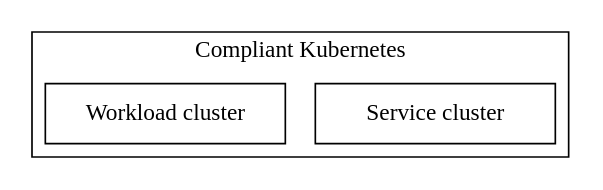
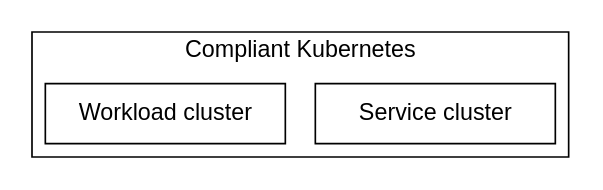
One commit to elastisys/compliantkubernetes changed the diagram in docs/img/ck8s-c4model-level2.dot. Above: the diagram before and after it, drawn with Graphviz. The commit also changed 5 other files, not shown here.

```diff
--- a/docs/img/ck8s-c4model-level2.dot
+++ b/docs/img/ck8s-c4model-level2.dot
@@ -1,10 +1,14 @@
 digraph system {
+  graph [fontname = "helvetica"];
+  node [fontname = "helvetica"];
+  edge [fontname = "helvetica"];
+
   node [shape=box, width="2pt"];
   edge [minlen="0pt", style="invis"];
 
   subgraph cluster_ck8s {
     label="Compliant Kubernetes"
 
     "Workload cluster" -> "Service cluster"
   }
 }
```
